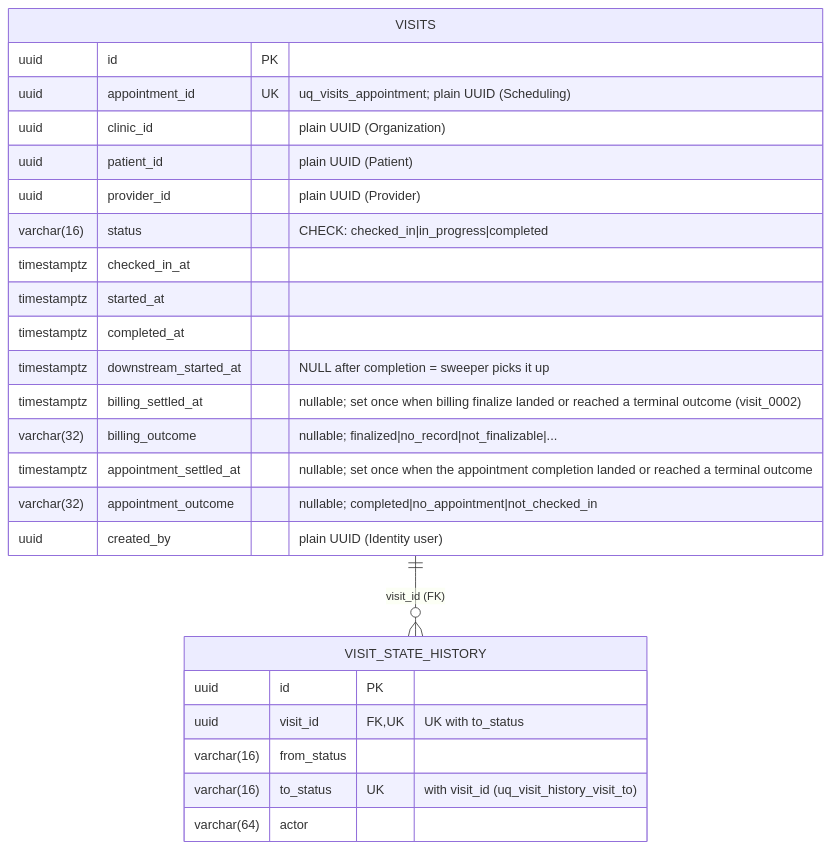
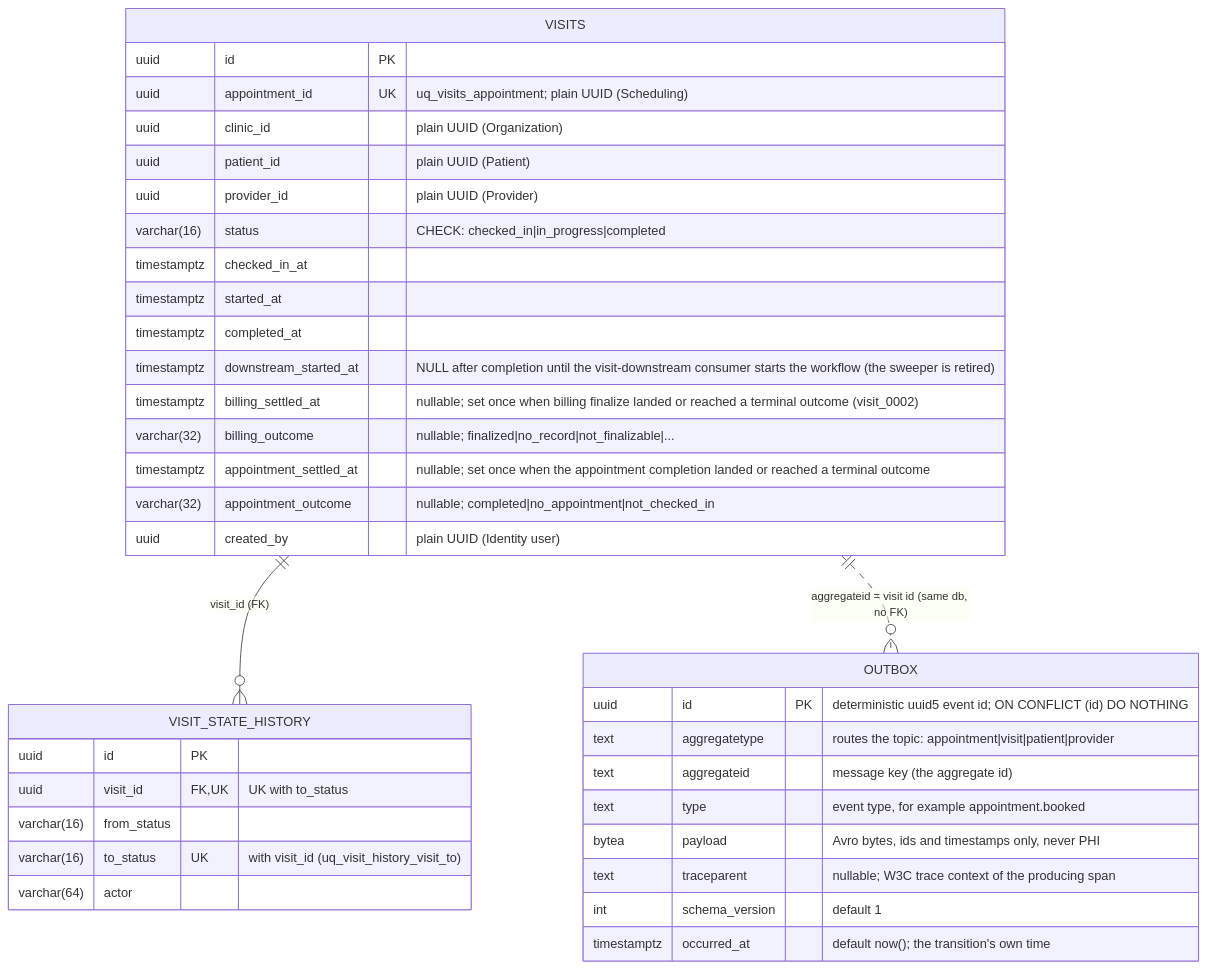
Before and after one commit to umarEmumba/smarthealth: the sixth of 9 diagrams in docs/erd.md, drawn with Mermaid. The commit also changed other lines of this file and 11 other files, not shown here.

First line of the commit message:
docs(03-18): ERD, NFR page, load-test README and the stale visit docstrings

````diff
--- a/docs/erd.md
+++ b/docs/erd.md
@@ -244,28 +294,39 @@
 ```mermaid
 erDiagram
     VISITS ||--o{ VISIT_STATE_HISTORY : "visit_id (FK)"
+    VISITS ||..o{ OUTBOX : "aggregateid = visit id (same db, no FK)"
     VISITS {
         uuid id PK
         uuid appointment_id UK "uq_visits_appointment; plain UUID (Scheduling)"
         uuid clinic_id "plain UUID (Organization)"
         uuid patient_id "plain UUID (Patient)"
         uuid provider_id "plain UUID (Provider)"
         varchar(16) status "CHECK: checked_in|in_progress|completed"
         timestamptz checked_in_at
         timestamptz started_at
         timestamptz completed_at
-        timestamptz downstream_started_at "NULL after completion = sweeper picks it up"
+        timestamptz downstream_started_at "NULL after completion until the visit-downstream consumer starts the workflow (the sweeper is retired)"
         timestamptz billing_settled_at "nullable; set once when billing finalize landed or reached a terminal outcome (visit_0002)"
         varchar(32) billing_outcome "nullable; finalized|no_record|not_finalizable|..."
         timestamptz appointment_settled_at "nullable; set once when the appointment completion landed or reached a terminal outcome"
         varchar(32) appointment_outcome "nullable; completed|no_appointment|not_checked_in"
         uuid created_by "plain UUID (Identity user)"
     }
     VISIT_STATE_HISTORY {
         uuid id PK
         uuid visit_id FK, UK "UK with to_status"
         varchar(16) from_status
         varchar(16) to_status UK "with visit_id (uq_visit_history_visit_to)"
         varchar(64) actor
     }
+    OUTBOX {
+        uuid id PK "deterministic uuid5 event id; ON CONFLICT (id) DO NOTHING"
+        text aggregatetype "routes the topic: appointment|visit|patient|provider"
+        text aggregateid "message key (the aggregate id)"
+        text type "event type, for example appointment.booked"
+        bytea payload "Avro bytes, ids and timestamps only, never PHI"
+        text traceparent "nullable; W3C trace context of the producing span"
+        int schema_version "default 1"
+        timestamptz occurred_at "default now(); the transition's own time"
+    }
 ```
````
